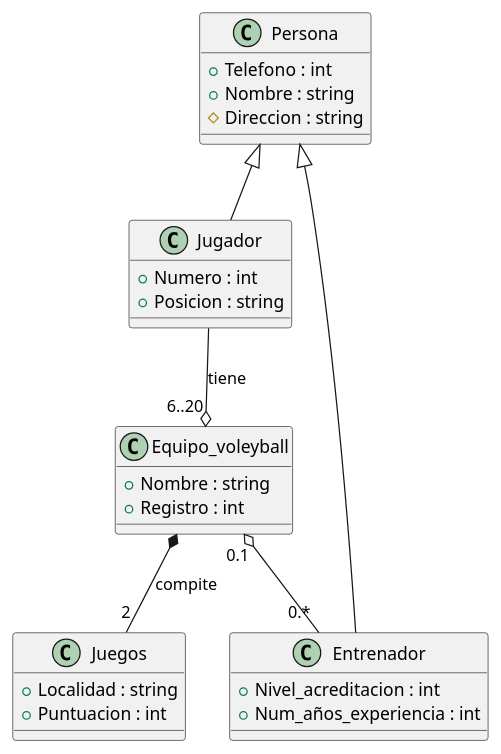
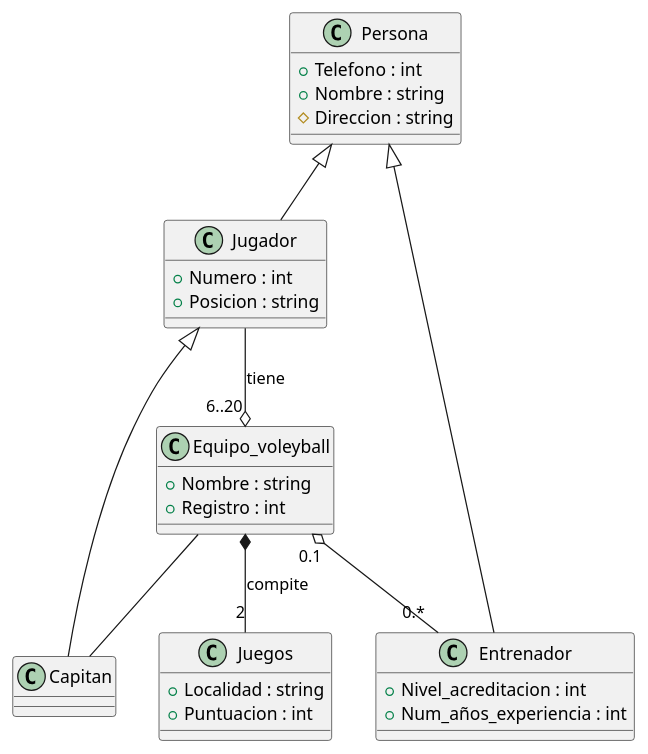
Before and after one commit to ValCicco/IS-022023: the diagram in docs/diagrams/Reto04-clases.plantuml, drawn with PlantUML. The commit also changed 3 other files, not shown here.

```diff
--- a/docs/diagrams/Reto04-clases.plantuml
+++ b/docs/diagrams/Reto04-clases.plantuml
@@ -1,31 +1,37 @@
-@startuml Reto04
+@startuml Reto04-clases
 class Equipo_voleyball{
     + Nombre : string 
     + Registro : int 
 }
 class Persona{
     + Telefono : int
     + Nombre : string
     # Direccion : string 
 }
 class Entrenador{
     + Nivel_acreditacion : int
     + Num_años_experiencia : int
 
 }
 class Jugador{
     + Numero : int 
     + Posicion : string 
 
 }
 class Juegos{
     + Localidad : string 
     + Puntuacion : int
 
 }
+class Capitan{
+
+}
 Equipo_voleyball "0.1" o-- "0.*" Entrenador
 Equipo_voleyball "6..20" o-up- Jugador : tiene
 Persona <|-- Entrenador
 Persona <|-- Jugador
 Equipo_voleyball *-- "2" Juegos : compite
+Jugador <|-- Capitan
+Equipo_voleyball -- Capitan
+
 @enduml
```
